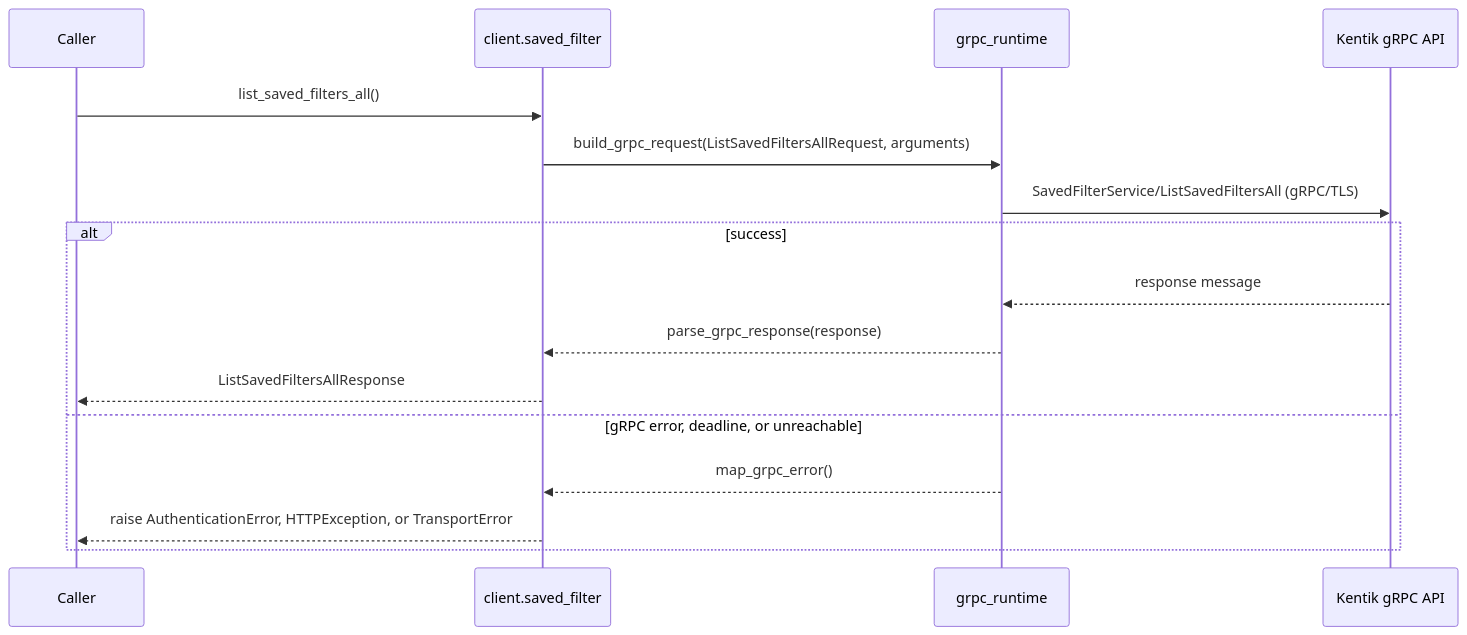
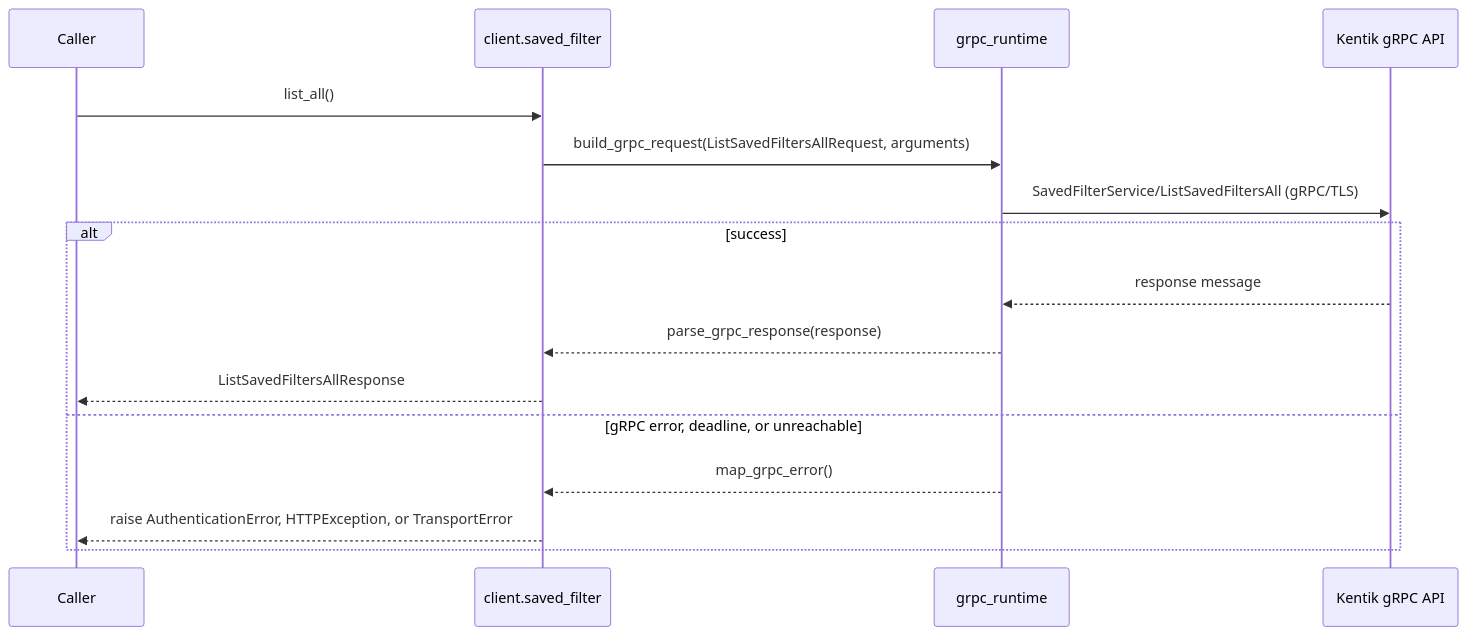
Diagram 13 of 14 in docs/sphinx/services/saved_filter.md (alexdearaujo/community_sdk_python), drawn with Mermaid before and after one commit. The commit also changed other lines of this file and 119 other files, not shown here.

````diff
--- a/docs/sphinx/services/saved_filter.md
+++ b/docs/sphinx/services/saved_filter.md
@@ -435,19 +435,19 @@
 ```mermaid
 sequenceDiagram
     participant C as Caller
     participant W as client.saved_filter
     participant R as grpc_runtime
     participant API as Kentik gRPC API
 
-    C->>W: list_saved_filters_all()
+    C->>W: list_all()
     W->>R: build_grpc_request(ListSavedFiltersAllRequest, arguments)
     R->>API: SavedFilterService/ListSavedFiltersAll (gRPC/TLS)
     alt success
         API-->>R: response message
         R-->>W: parse_grpc_response(response)
         W-->>C: ListSavedFiltersAllResponse
     else gRPC error, deadline, or unreachable
         R-->>W: map_grpc_error()
         W-->>C: raise AuthenticationError, HTTPException, or TransportError
     end
 ```
````
